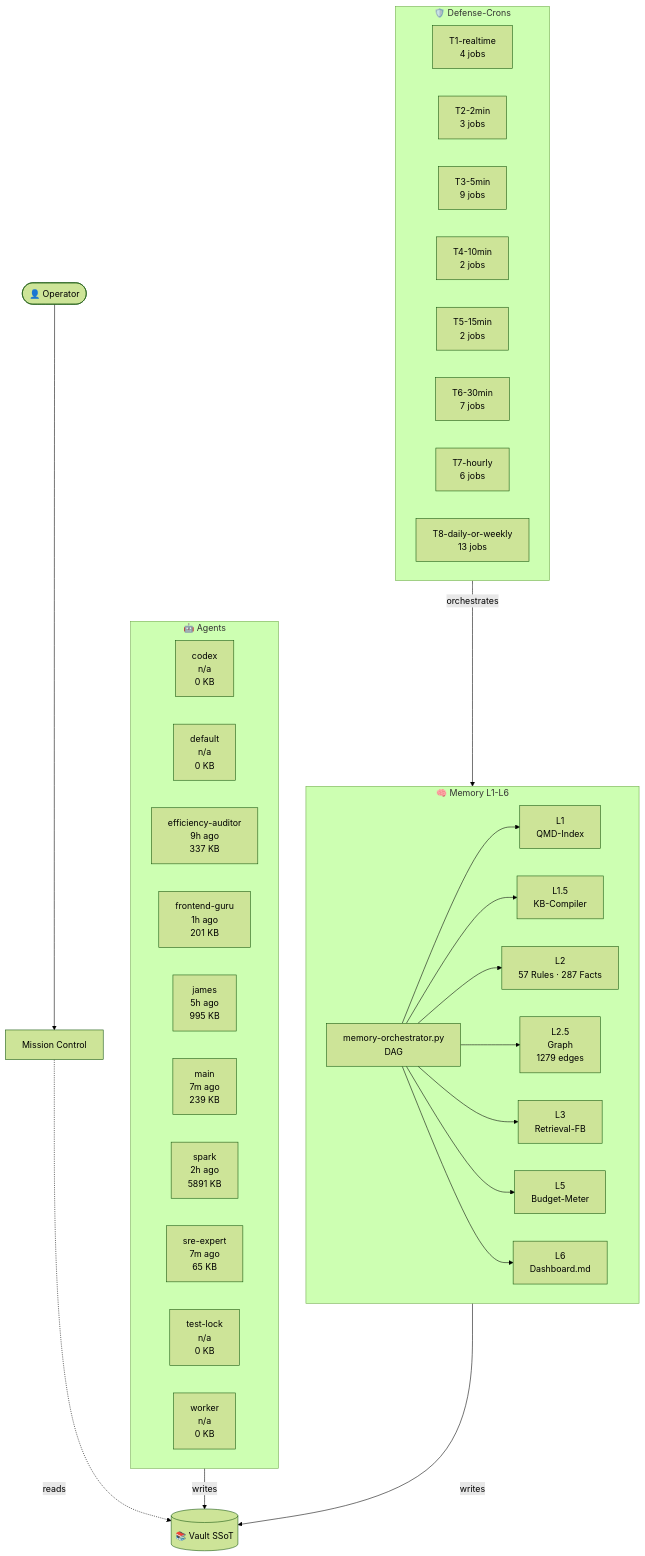
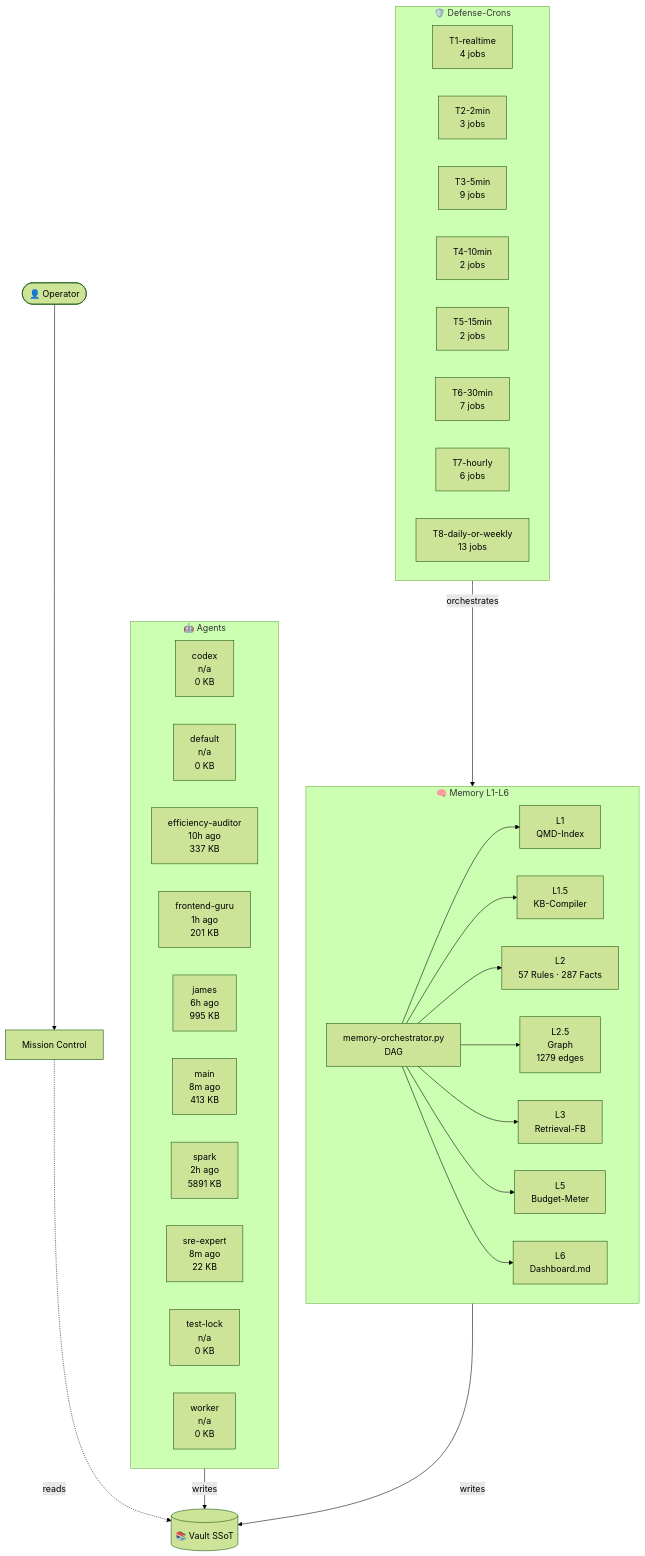
Before and after one commit to lenardhuebner88-rgb/openclaw-memory: the diagram in 03-Agents/architecture-live.md, drawn with Mermaid (forest theme). The commit also changed other lines of this file and 3 other files, not shown here.

````diff
--- a/03-Agents/architecture-live.md
+++ b/03-Agents/architecture-live.md
@@ -18,51 +18,51 @@
 ```mermaid
 flowchart TB
     classDef critical fill:#fee,stroke:#c00,stroke-width:2px;
     subgraph AGT["🤖 Agents"]
         agent_codex["codex<br/>n/a<br/>0 KB"]
         agent_default["default<br/>n/a<br/>0 KB"]
-        agent_efficiency_auditor["efficiency-auditor<br/>9h ago<br/>337 KB"]
+        agent_efficiency_auditor["efficiency-auditor<br/>10h ago<br/>337 KB"]
         agent_frontend_guru["frontend-guru<br/>1h ago<br/>201 KB"]
-        agent_james["james<br/>5h ago<br/>995 KB"]
-        agent_main["main<br/>7m ago<br/>239 KB"]
+        agent_james["james<br/>6h ago<br/>995 KB"]
+        agent_main["main<br/>8m ago<br/>413 KB"]
         agent_spark["spark<br/>2h ago<br/>5891 KB"]
-        agent_sre_expert["sre-expert<br/>7m ago<br/>65 KB"]
+        agent_sre_expert["sre-expert<br/>8m ago<br/>22 KB"]
         agent_test_lock["test-lock<br/>n/a<br/>0 KB"]
         agent_worker["worker<br/>n/a<br/>0 KB"]
     end
     subgraph MEM["🧠 Memory L1-L6"]
         L1["L1<br/>QMD-Index"]
         L15["L1.5<br/>KB-Compiler"]
         L2["L2<br/>57 Rules · 287 Facts"]
         L25["L2.5<br/>Graph<br/>1279 edges"]
         L3["L3<br/>Retrieval-FB"]
         L5["L5<br/>Budget-Meter"]
         L6["L6<br/>Dashboard.md"]
         ORCH["memory-orchestrator.py<br/>DAG"]
     end
     subgraph CRN["🛡️ Defense-Crons"]
         tier_T1_realtime["T1-realtime<br/>4 jobs"]
         tier_T2_2min["T2-2min<br/>3 jobs"]
         tier_T3_5min["T3-5min<br/>9 jobs"]
         tier_T4_10min["T4-10min<br/>2 jobs"]
         tier_T5_15min["T5-15min<br/>2 jobs"]
         tier_T6_30min["T6-30min<br/>7 jobs"]
         tier_T7_hourly["T7-hourly<br/>6 jobs"]
         tier_T8_daily_or_weekly["T8-daily-or-weekly<br/>13 jobs"]
     end
     VAULT[("📚 Vault SSoT")]
     OP([👤 Operator])
     MC["Mission Control"]
     OP --> MC
     MC -.reads.-> VAULT
     AGT -->|writes| VAULT
     MEM -->|writes| VAULT
     ORCH --> L1
     ORCH --> L15
     ORCH --> L2
     ORCH --> L25
     ORCH --> L3
     ORCH --> L5
     ORCH --> L6
     CRN -->|orchestrates| MEM
 ```
````
